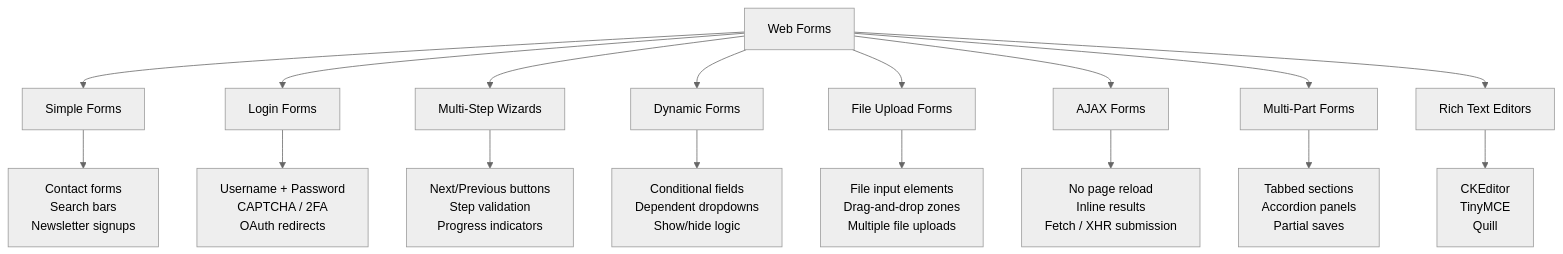
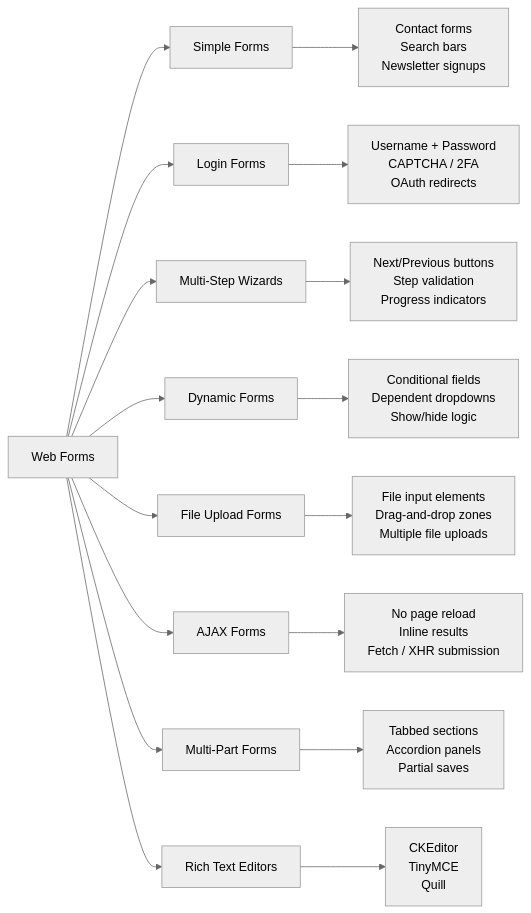
One commit to bytetunnels/bytetunnels.github.com changed the first of 5 diagrams in _posts/2026-02-06-types-of-web-forms-how-to-handle-each-in-automation.md. Above: the diagram before and after it, drawn with Mermaid (neutral theme). The commit also changed other lines of this file and 118 other files, not shown here.

Commit message:
feat: improve diagram styling and compact wide flowcharts

````diff
--- a/_posts/2026-02-06-types-of-web-forms-how-to-handle-each-in-automation.md
+++ b/_posts/2026-02-06-types-of-web-forms-how-to-handle-each-in-automation.md
@@ -19,20 +19,20 @@
 ```mermaid
-flowchart TD
+flowchart LR
     A["Web Forms"] --> B["Simple Forms"]
     A --> C["Login Forms"]
     A --> D["Multi-Step Wizards"]
     A --> E["Dynamic Forms"]
     A --> F["File Upload Forms"]
     A --> G["AJAX Forms"]
     A --> H["Multi-Part Forms"]
     A --> I["Rich Text Editors"]
 
-    B --> B1["Contact forms<br>Search bars<br>Newsletter signups"]
-    C --> C1["Username + Password<br>CAPTCHA / 2FA<br>OAuth redirects"]
-    D --> D1["Next/Previous buttons<br>Step validation<br>Progress indicators"]
-    E --> E1["Conditional fields<br>Dependent dropdowns<br>Show/hide logic"]
-    F --> F1["File input elements<br>Drag-and-drop zones<br>Multiple file uploads"]
-    G --> G1["No page reload<br>Inline results<br>Fetch / XHR submission"]
-    H --> H1["Tabbed sections<br>Accordion panels<br>Partial saves"]
-    I --> I1["CKEditor<br>TinyMCE<br>Quill"]
+    B --> B1["Contact forms<br/>Search bars<br/>Newsletter signups"]
+    C --> C1["Username + Password<br/>CAPTCHA / 2FA<br/>OAuth redirects"]
+    D --> D1["Next/Previous buttons<br/>Step validation<br/>Progress indicators"]
+    E --> E1["Conditional fields<br/>Dependent dropdowns<br/>Show/hide logic"]
+    F --> F1["File input elements<br/>Drag-and-drop zones<br/>Multiple file uploads"]
+    G --> G1["No page reload<br/>Inline results<br/>Fetch / XHR submission"]
+    H --> H1["Tabbed sections<br/>Accordion panels<br/>Partial saves"]
+    I --> I1["CKEditor<br/>TinyMCE<br/>Quill"]
 ```
````
